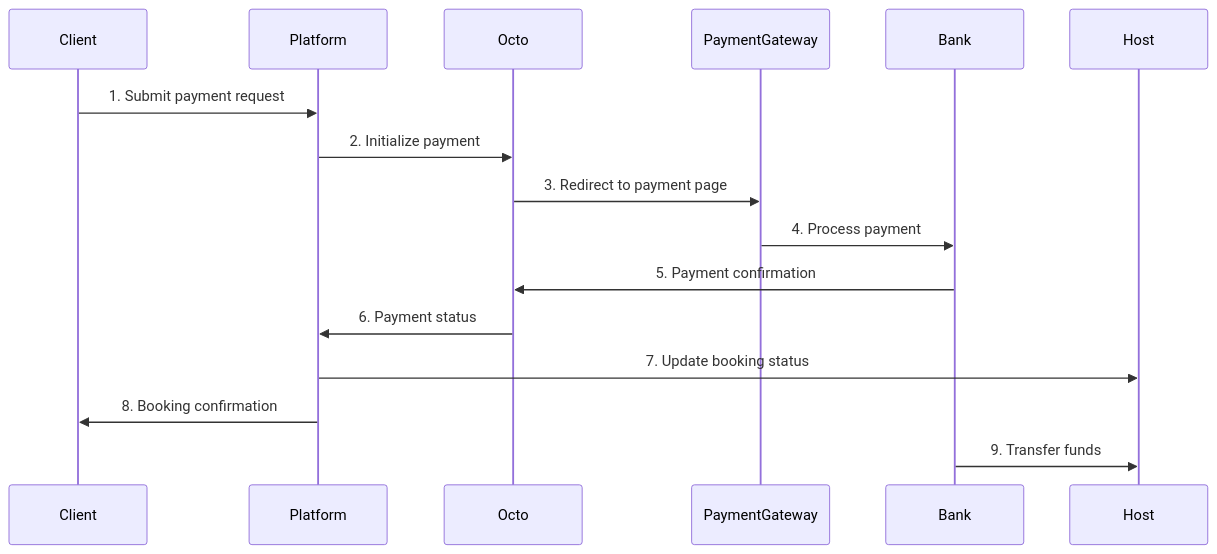
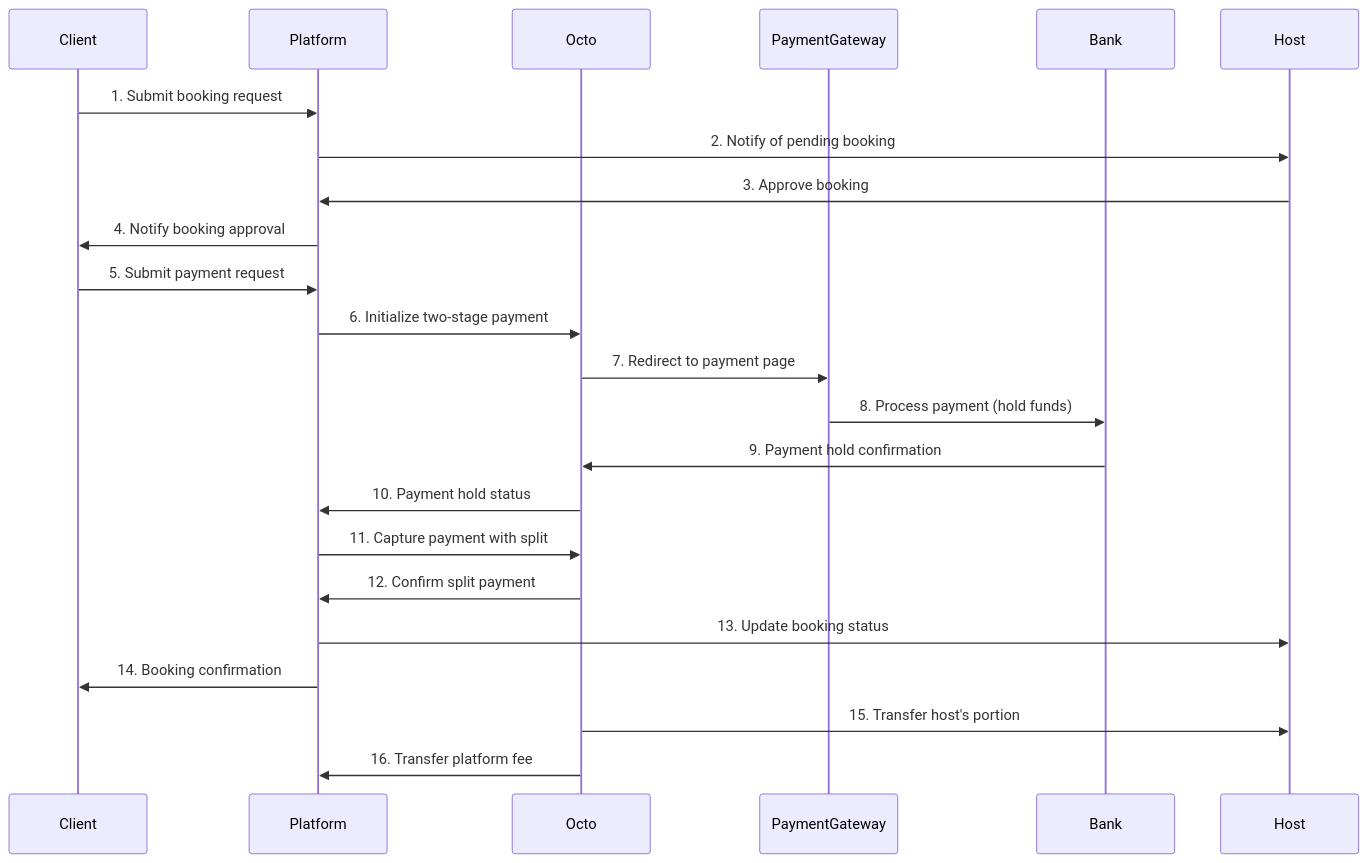
One commit to ConfHubTeam/ConferenceHub changed the diagram in payment-spike.md. Above: the diagram before and after it, drawn with Mermaid. The commit also changed other lines of this file, not shown here.

Commit message:
update payment spike

````diff
--- a/payment-spike.md
+++ b/payment-spike.md
@@ -64,19 +65,26 @@
 ```mermaid
 sequenceDiagram
     participant Client
     participant Platform
     participant Octo
     participant PaymentGateway
     participant Bank
     participant Host
 
-    Client->>Platform: 1. Submit payment request
-    Platform->>Octo: 2. Initialize payment
-    Octo->>PaymentGateway: 3. Redirect to payment page
-    PaymentGateway->>Bank: 4. Process payment
-    Bank->>Octo: 5. Payment confirmation
-    Octo->>Platform: 6. Payment status
-    Platform->>Host: 7. Update booking status
-    Platform->>Client: 8. Booking confirmation
-    Bank->>Host: 9. Transfer funds
+    Client->>Platform: 1. Submit booking request
+    Platform->>Host: 2. Notify of pending booking
+    Host->>Platform: 3. Approve booking
+    Platform->>Client: 4. Notify booking approval
+    Client->>Platform: 5. Submit payment request
+    Platform->>Octo: 6. Initialize two-stage payment
+    Octo->>PaymentGateway: 7. Redirect to payment page
+    PaymentGateway->>Bank: 8. Process payment (hold funds)
+    Bank->>Octo: 9. Payment hold confirmation
+    Octo->>Platform: 10. Payment hold status
+    Platform->>Octo: 11. Capture payment with split
+    Octo->>Platform: 12. Confirm split payment 
+    Platform->>Host: 13. Update booking status
+    Platform->>Client: 14. Booking confirmation
+    Octo->>Host: 15. Transfer host's portion
+    Octo->>Platform: 16. Transfer platform fee
 ```
````
